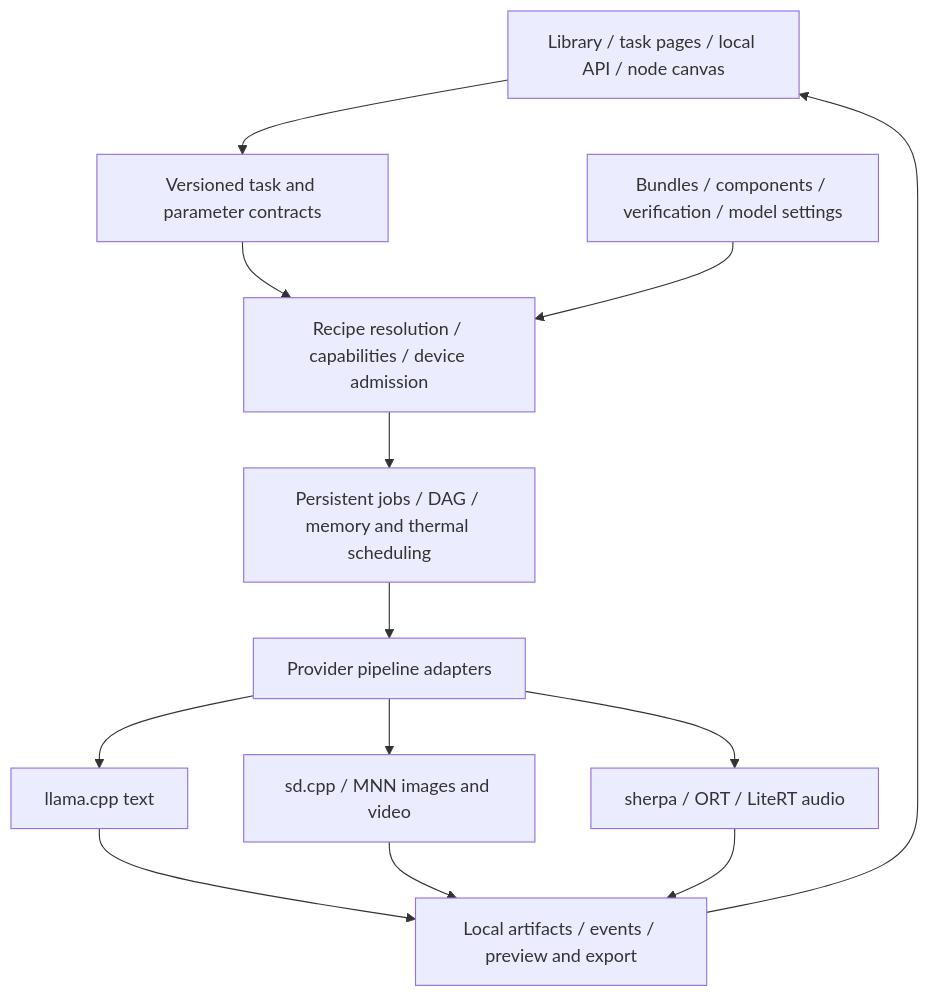
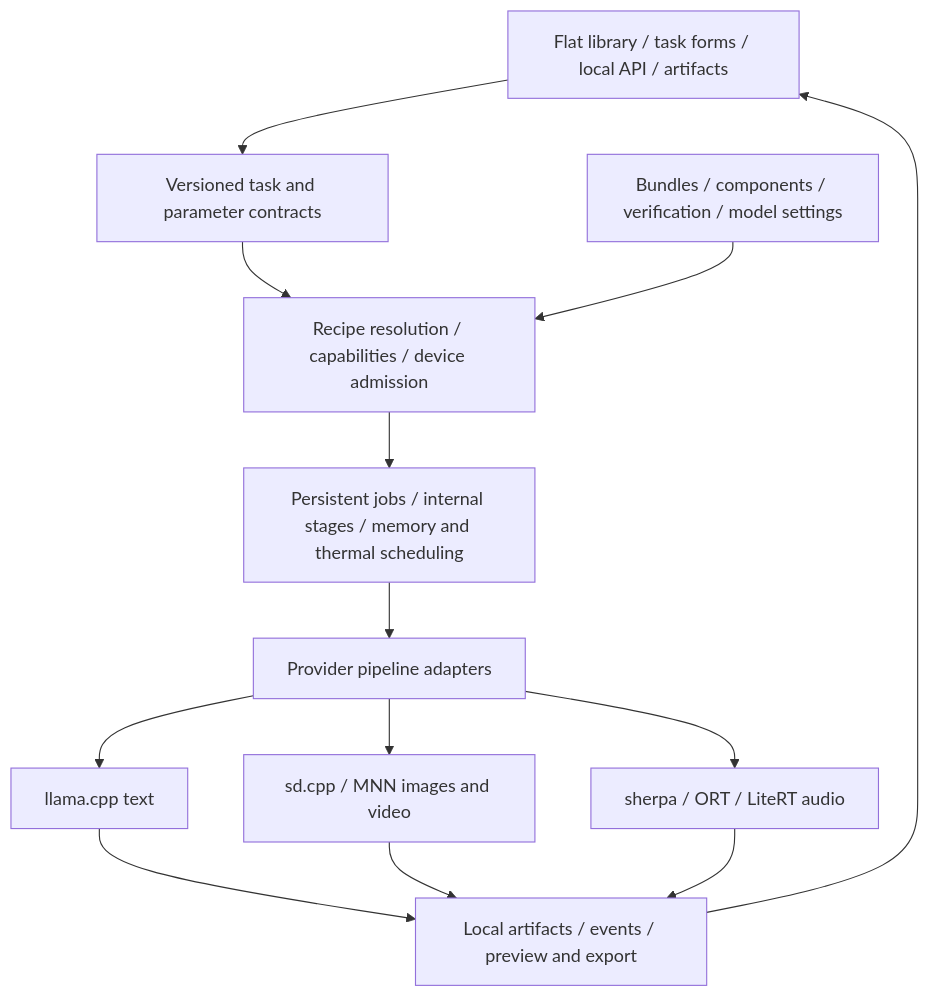
Before and after one commit to wikigsroom/LMA: the diagram in docs/FOUNDATION.en.md, drawn with Mermaid. The commit also changed other lines of this file and 18 other files, not shown here.

````diff
--- a/docs/FOUNDATION.en.md
+++ b/docs/FOUNDATION.en.md
@@ -36,15 +38,15 @@
 ```mermaid
 flowchart TD
-    UI[Library / task pages / local API / node canvas] --> C[Versioned task and parameter contracts]
+    UI[Flat library / task forms / local API / artifacts] --> C[Versioned task and parameter contracts]
     C --> R[Recipe resolution / capabilities / device admission]
-    R --> J[Persistent jobs / DAG / memory and thermal scheduling]
+    R --> J[Persistent jobs / internal stages / memory and thermal scheduling]
     B[Bundles / components / verification / model settings] --> R
     J --> P[Provider pipeline adapters]
     P --> T[llama.cpp text]
     P --> D[sd.cpp / MNN images and video]
     P --> A[sherpa / ORT / LiteRT audio]
     T --> O[Local artifacts / events / preview and export]
     D --> O
     A --> O
     O --> UI
 ```
````
